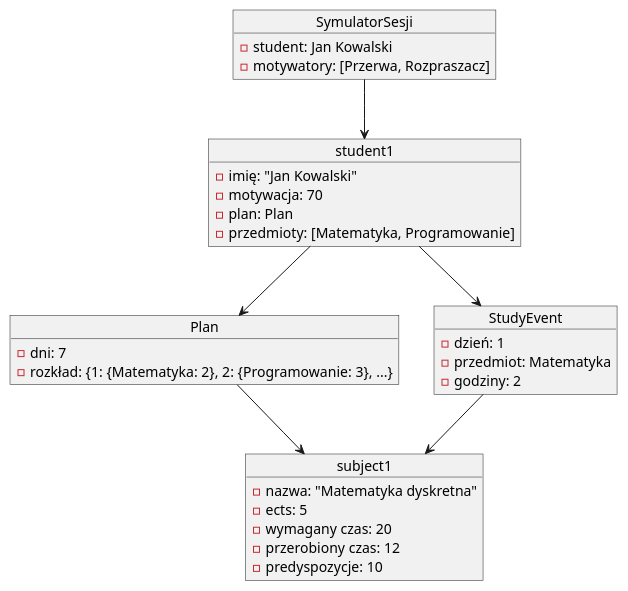
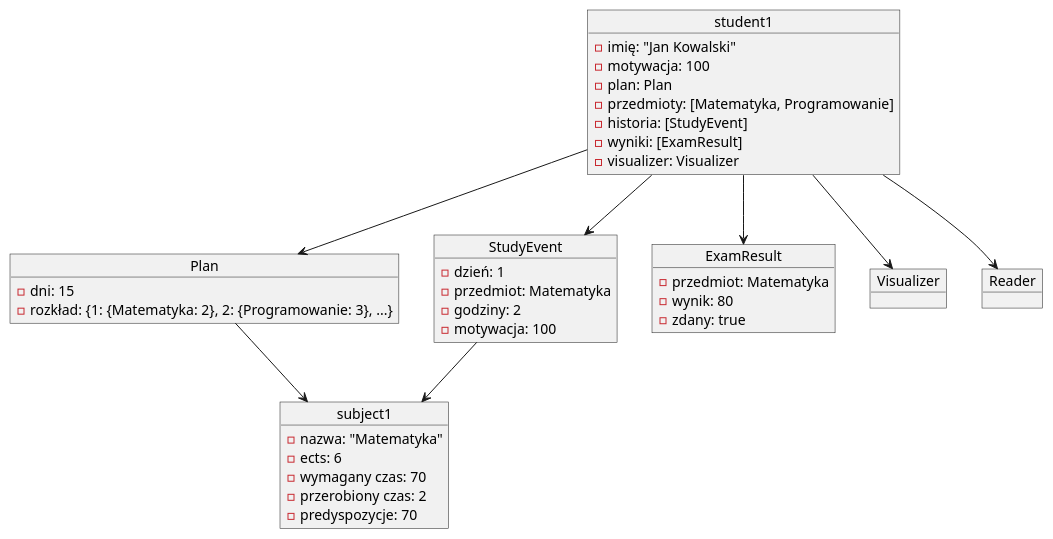
The diagram in uml/Diagram obiektów.puml (Krzyzak321/Symulator_Sesji), drawn with PlantUML before and after one commit. The commit also changed 4 other files, not shown here.

Commit message:
zmienione diagramy

```diff
--- a/uml/Diagram obiektów.puml
+++ b/uml/Diagram obiektów.puml
@@ -1,39 +1,54 @@
 @startuml
 
 object student1 {
   - imię: "Jan Kowalski"
-  - motywacja: 70
+  - motywacja: 100
   - plan: Plan
   - przedmioty: [Matematyka, Programowanie]
+  - historia: [StudyEvent]
+  - wyniki: [ExamResult]
+  - visualizer: Visualizer
 }
 
 object subject1 {
-  - nazwa: "Matematyka dyskretna"
-  - ects: 5
-  - wymagany czas: 20
-  - przerobiony czas: 12
-  - predyspozycje: 10
+  - nazwa: "Matematyka"
+  - ects: 6
+  - wymagany czas: 70
+  - przerobiony czas: 2
+  - predyspozycje: 70
 }
+
 object Plan{
-  - dni: 7
+  - dni: 15
   - rozkład: {1: {Matematyka: 2}, 2: {Programowanie: 3}, ...}
 }
 
 object StudyEvent {
   - dzień: 1
   - przedmiot: Matematyka
   - godziny: 2
+  - motywacja: 100
 }
 
-object SymulatorSesji {
-  - student: Jan Kowalski
-  - motywatory: [Przerwa, Rozpraszacz]
+object ExamResult {
+  - przedmiot: Matematyka
+  - wynik: 80
+  - zdany: true
 }
+
+object Visualizer {
+
+ }
+object Reader {
+
+ }
 
 student1 --> Plan
 Plan --> subject1
 StudyEvent --> subject1
 student1 --> StudyEvent
-SymulatorSesji --> student1
+student1 --> ExamResult
+student1 --> Visualizer
+student1 --> Reader
 
 @enduml
```
